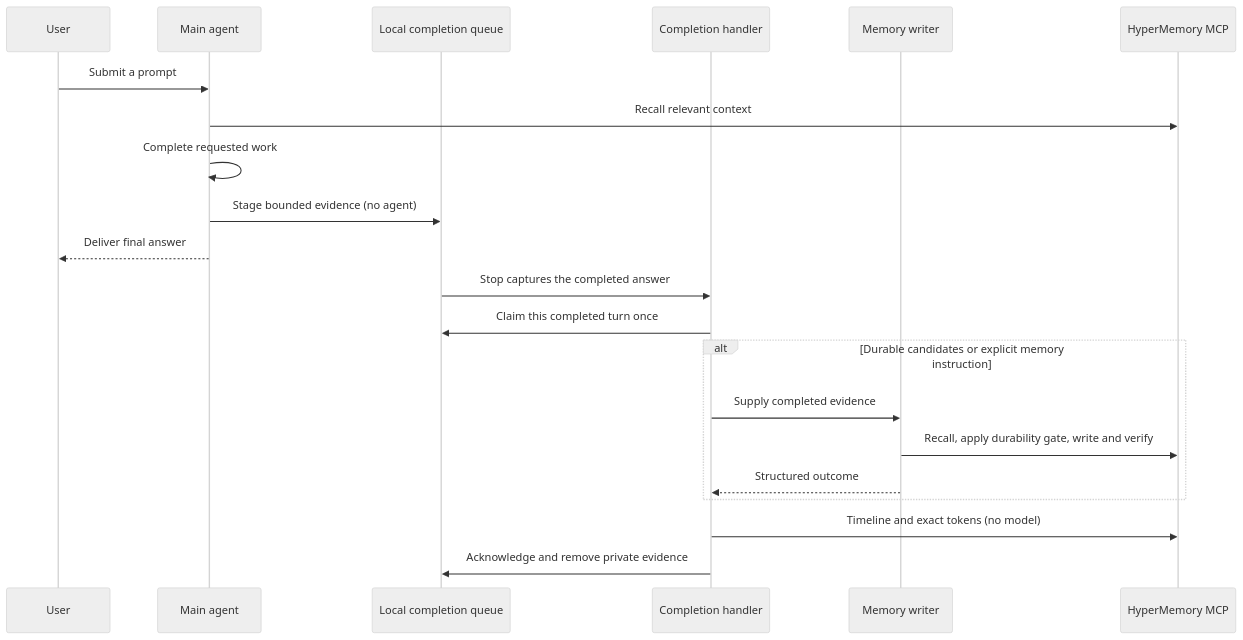
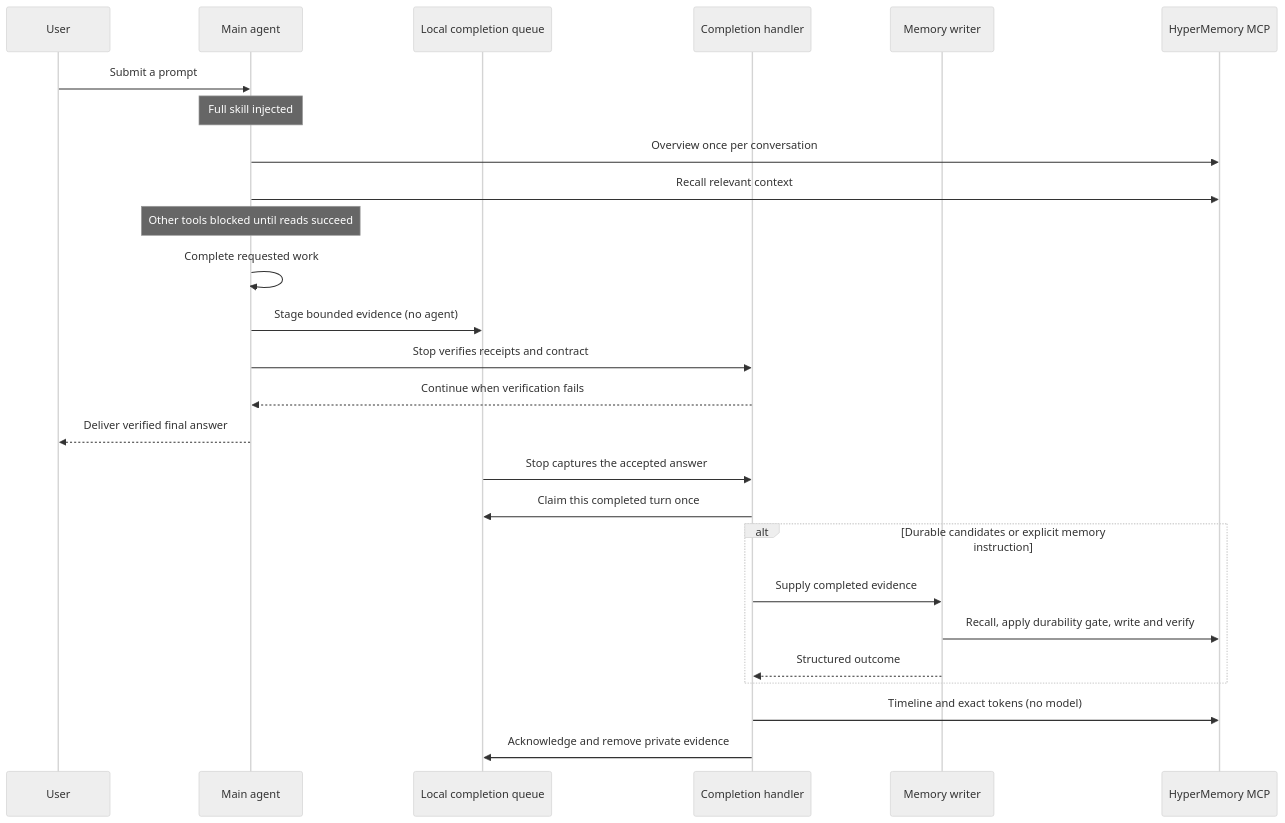
The second of 3 diagrams in docs/ARCHITECTURE.md (hypermemory-ai/hm-plugins-openai), drawn with Mermaid (neutral theme) before and after one commit. The commit also changed other lines of this file and 9 other files, not shown here.

````diff
--- a/docs/ARCHITECTURE.md
+++ b/docs/ARCHITECTURE.md
@@ -30,24 +30,29 @@
 ```mermaid
 sequenceDiagram
     participant U as User
     participant M as Main agent
     participant Q as Local completion queue
     participant H as Completion handler
     participant W as Memory writer
     participant MCP as HyperMemory MCP
 
     U->>M: Submit a prompt
+    Note over M: Full skill injected
+    M->>MCP: Overview once per conversation
     M->>MCP: Recall relevant context
+    Note over M: Other tools blocked until reads succeed
     M->>M: Complete requested work
     M->>Q: Stage bounded evidence (no agent)
-    M-->>U: Deliver final answer
-    Q->>H: Stop captures the completed answer
+    M->>H: Stop verifies receipts and contract
+    H-->>M: Continue when verification fails
+    M-->>U: Deliver verified final answer
+    Q->>H: Stop captures the accepted answer
     H->>Q: Claim this completed turn once
     alt Durable candidates or explicit memory instruction
         H->>W: Supply completed evidence
         W->>MCP: Recall, apply durability gate, write and verify
         W-->>H: Structured outcome
     end
     H->>MCP: Timeline and exact tokens (no model)
     H->>Q: Acknowledge and remove private evidence
 ```
````
